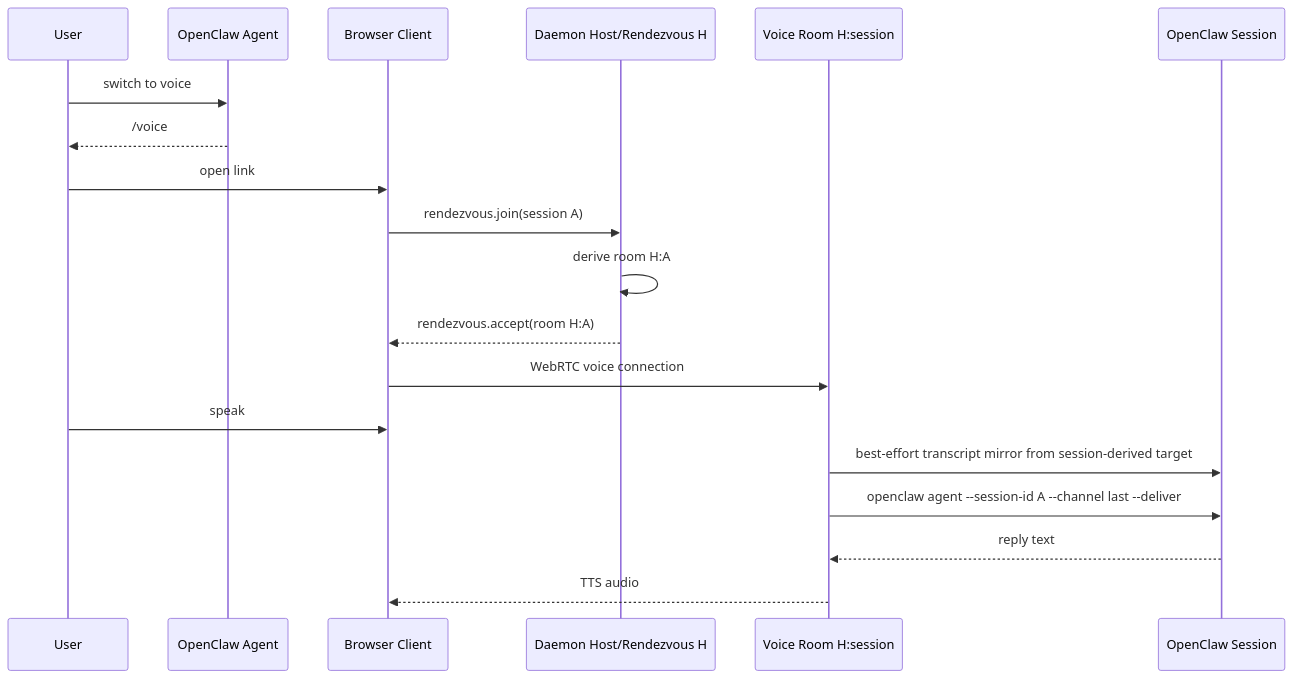
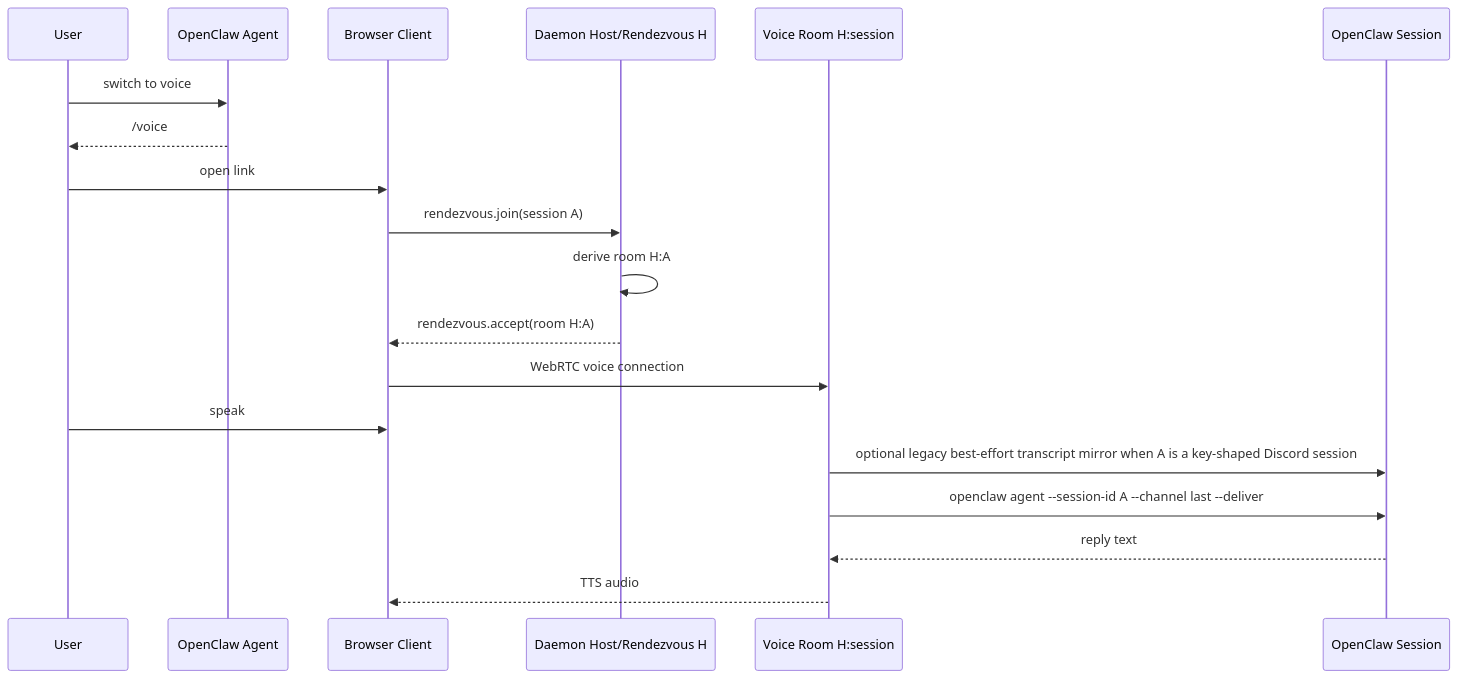
The diagram in docs/voice-handoff.md (davidguttman/clawkie-talkie), drawn with Mermaid before and after one commit. The commit also changed other lines of this file and 10 other files, not shown here.

````diff
--- a/docs/voice-handoff.md
+++ b/docs/voice-handoff.md
@@ -131,22 +136,22 @@
 ```mermaid
 sequenceDiagram
   participant User
   participant Agent as OpenClaw Agent
   participant Phone as Browser Client
   participant Host as Daemon Host/Rendezvous H
   participant Room as Voice Room H:session
   participant OC as OpenClaw Session
 
   User->>Agent: switch to voice
   Agent-->>User: /voice#host=H&session=A
   User->>Phone: open link
   Phone->>Host: rendezvous.join(session A)
   Host->>Host: derive room H:A
   Host-->>Phone: rendezvous.accept(room H:A)
   Phone->>Room: WebRTC voice connection
   User->>Phone: speak
-  Room->>OC: best-effort transcript mirror from session-derived target
+  Room->>OC: optional legacy best-effort transcript mirror when A is a key-shaped Discord session
   Room->>OC: openclaw agent --session-id A --channel last --deliver
   OC-->>Room: reply text
   Room-->>Phone: TTS audio
 ```
````
